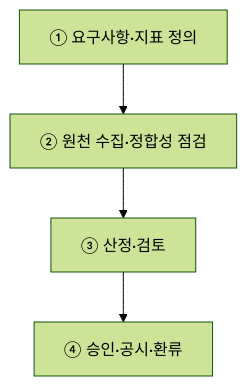
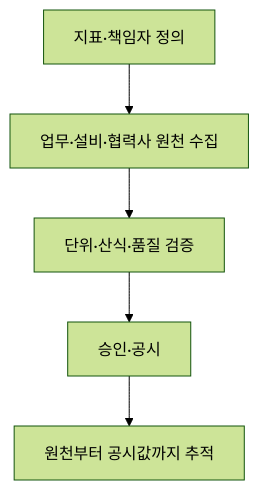
Before and after one commit to agnusdei1207/study: the first of 2 diagrams in src/content/docs/notes/itpe/01-it-strategy/011_esg.md, drawn with Mermaid (forest theme). The commit also changed other lines of this file and 2 other files, not shown here.

````diff
--- a/src/content/docs/notes/itpe/01-it-strategy/011_esg.md
+++ b/src/content/docs/notes/itpe/01-it-strategy/011_esg.md
@@ -131,6 +58,7 @@
 ```mermaid
 flowchart TD
-    S1["① 요구사항·지표 정의"] --> S2["② 원천 수집·정합성 점검"]
-    S2 --> S3["③ 산정·검토"]
-    S3 --> S4["④ 승인·공시·환류"]
+    A[지표·책임자 정의] --> B[업무·설비·협력사 원천 수집]
+    B --> C[단위·산식·품질 검증]
+    C --> D[승인·공시]
+    D --> E[원천부터 공시값까지 추적]
 ```
````
